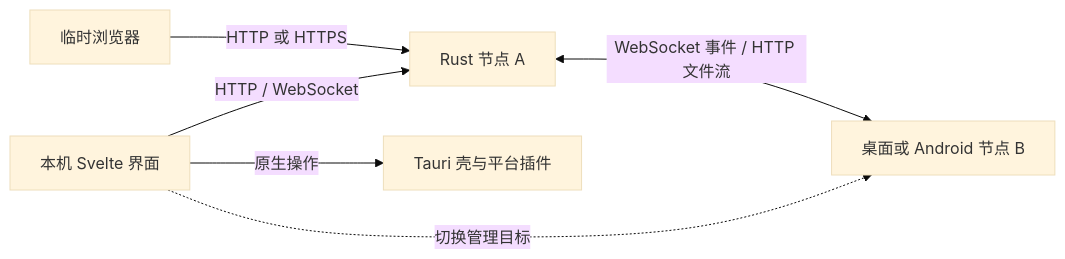
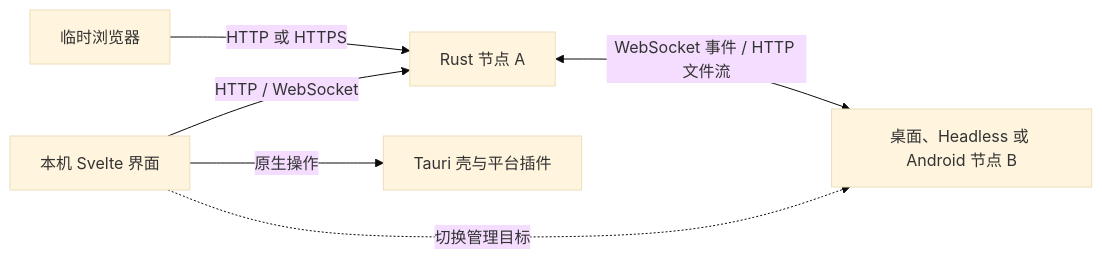
One commit to yangjinming1062/MeshShare changed the diagram in docs/ARCHITECTURE.md. Above: the diagram before and after it, drawn with Mermaid (base theme). The commit also changed other lines of this file and 62 other files, not shown here.

````diff
--- a/docs/ARCHITECTURE.md
+++ b/docs/ARCHITECTURE.md
@@ -5,8 +5,8 @@
 ```mermaid
 flowchart LR
   UI[本机 Svelte 界面] -->|HTTP / WebSocket| A[Rust 节点 A]
   UI -->|原生操作| Shell[Tauri 壳与平台插件]
   Web[临时浏览器] -->|HTTP 或 HTTPS| A
-  A <-->|WebSocket 事件 / HTTP 文件流| B[桌面或 Android 节点 B]
+  A <-->|WebSocket 事件 / HTTP 文件流| B[桌面、Headless 或 Android 节点 B]
   UI -.->|切换管理目标| B
 ```
````
